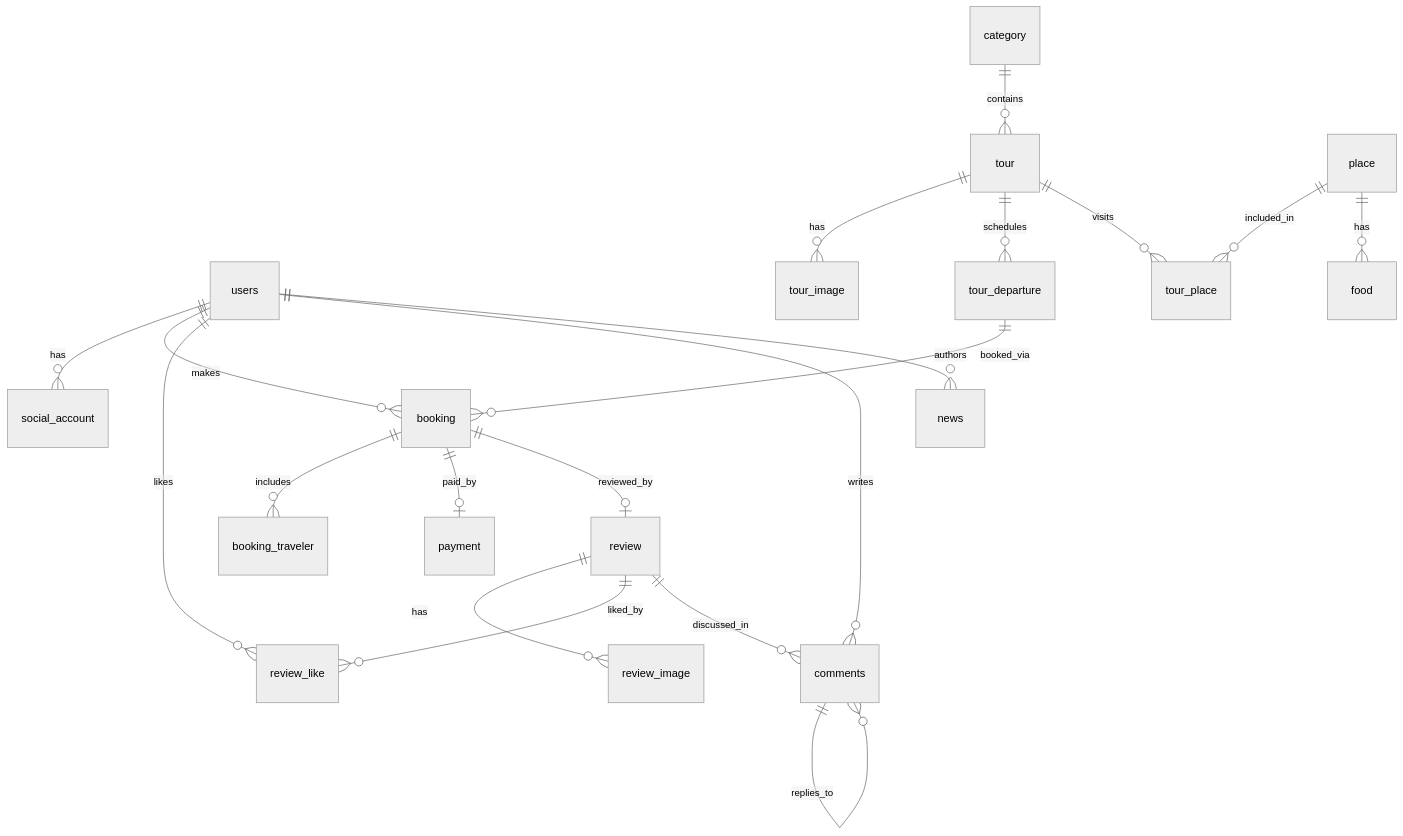
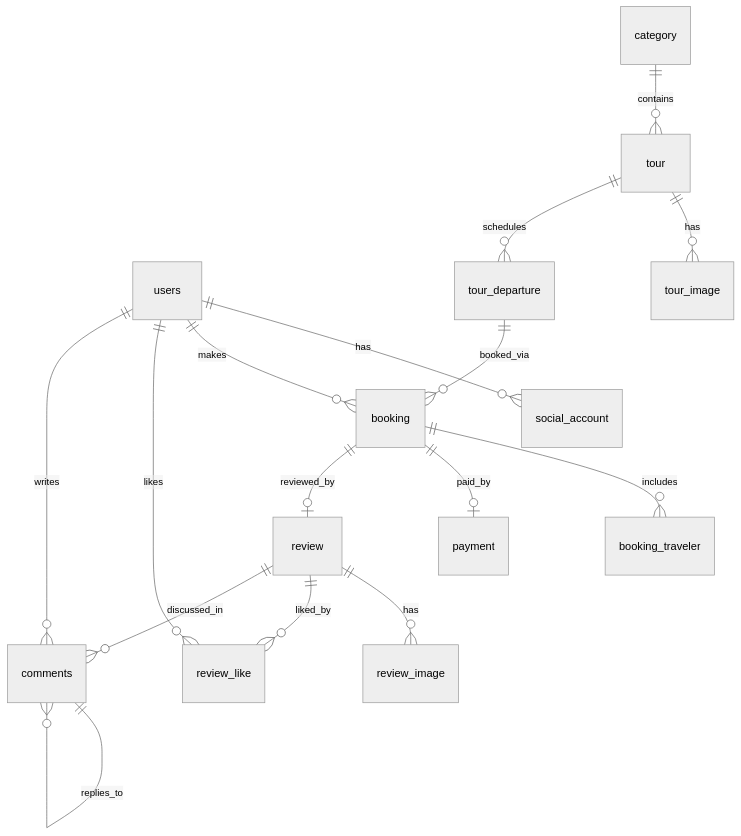
The diagram in specs/SCHEMA_DESCRIPTION.md (awesome-academy/nhom2_java_naitei_26), drawn with Mermaid (neutral theme) before and after one commit. The commit also changed other lines of this file and 7 other files, not shown here.

````diff
--- a/specs/SCHEMA_DESCRIPTION.md
+++ b/specs/SCHEMA_DESCRIPTION.md
@@ -28,29 +27,24 @@
 ```mermaid
 erDiagram
     users ||--o{ social_account : "has"
     users ||--o{ booking : "makes"
     users ||--o{ review_like : "likes"
     users ||--o{ comments : "writes"
-    users ||--o{ news : "authors"
 
     category ||--o{ tour : "contains"
 
     tour ||--o{ tour_image : "has"
     tour ||--o{ tour_departure : "schedules"
-    tour ||--o{ tour_place : "visits"
-
-    place ||--o{ tour_place : "included_in"
-    place ||--o{ food : "has"
 
     tour_departure ||--o{ booking : "booked_via"
 
     booking ||--o{ booking_traveler : "includes"
     booking ||--o| payment : "paid_by"
     booking ||--o| review : "reviewed_by"
 
     review ||--o{ review_image : "has"
     review ||--o{ review_like : "liked_by"
     review ||--o{ comments : "discussed_in"
 
     comments ||--o{ comments : "replies_to"
 ```
````
